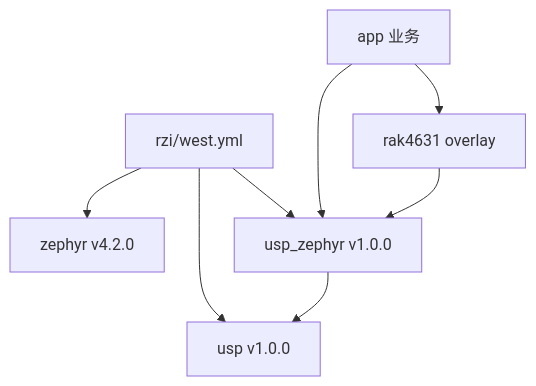
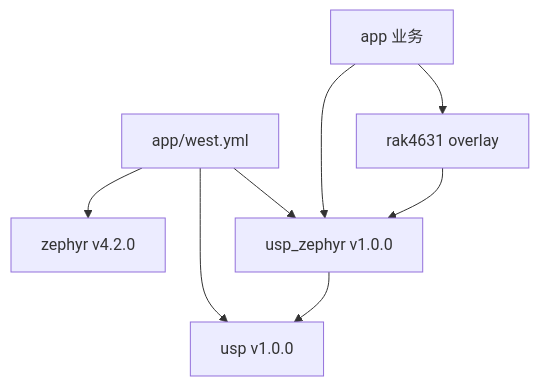
The fifth of 5 diagrams in doc/usp_zephyr-framework.md (DanielCao0/RZI), drawn with Mermaid before and after one commit. The commit also changed other lines of this file and 42 other files, not shown here.

````diff
--- a/doc/usp_zephyr-framework.md
+++ b/doc/usp_zephyr-framework.md
@@ -214,13 +214,13 @@
 ```mermaid
 flowchart TB
-  westYml[rzi/west.yml]
+  westYml[app/west.yml]
 
   westYml --> zephyrPin[zephyr v4.2.0]
   westYml --> uspZPin[usp_zephyr v1.0.0]
   westYml --> uspPin[usp v1.0.0]
 
   appDir[app 业务] --> uspZPin
   appDir --> overlayRak[rak4631 overlay]
   overlayRak --> uspZPin
   uspZPin --> uspPin
 ```
````
